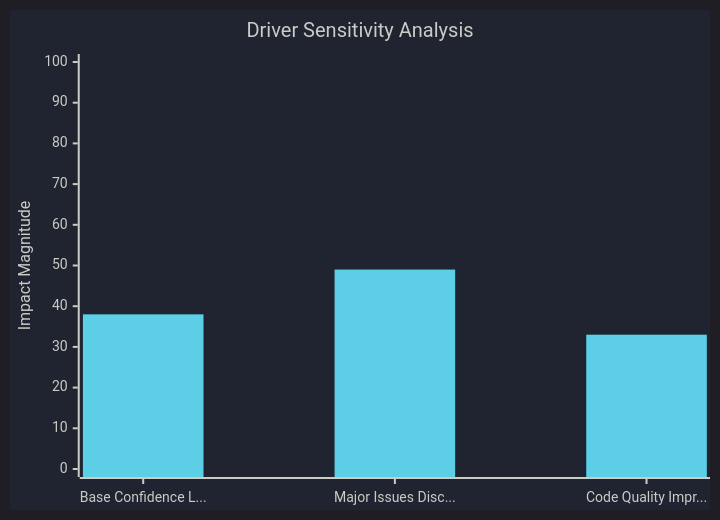
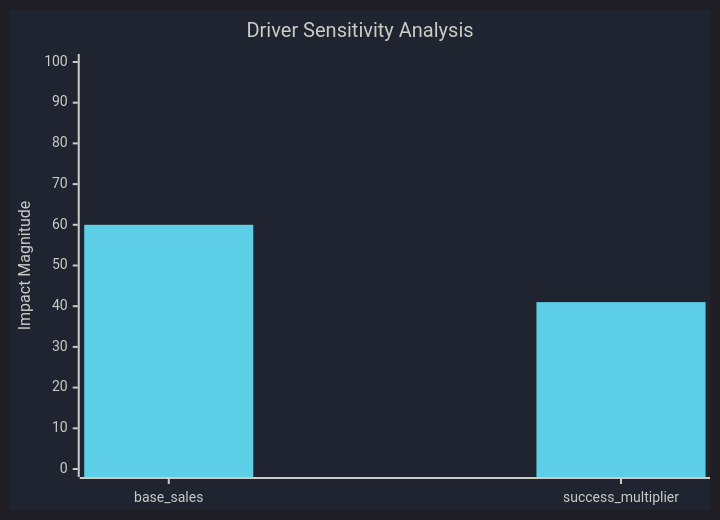
One commit to Replicant-Partners/fermi changed the diagram in results/prototype/charts/tornado.mmd. Above: the diagram before and after it, drawn with Mermaid. The commit also changed 24 other files, not shown here.

```diff
--- a/results/prototype/charts/tornado.mmd
+++ b/results/prototype/charts/tornado.mmd
@@ -1,35 +1,35 @@
 %%{
   init: {
     'theme': 'dark',
     'themeVariables': {
       'darkMode': 'true',
       'background': '#1F2430',
       'primaryColor': '#5CCFE6',
       'primaryTextColor': '#CBCCC6',
       'primaryBorderColor': '#5C6773',
       'lineColor': '#FFCC66',
       'secondaryColor': '#BAE67E',
       'tertiaryColor': '#FFAE57',
       'textColor': '#CBCCC6',
       'fontSize': '14px',
       'xyChart': {
         'backgroundColor': '#1F2430',
         'titleColor': '#CBCCC6',
         'xAxisLabelColor': '#CBCCC6',
         'xAxisTitleColor': '#CBCCC6',
         'xAxisTickColor': '#CBCCC6',
         'xAxisLineColor': '#CBCCC6',
         'yAxisLabelColor': '#CBCCC6',
         'yAxisTitleColor': '#CBCCC6',
         'yAxisTickColor': '#CBCCC6',
         'yAxisLineColor': '#CBCCC6',
         'plotColorPalette': '#5CCFE6, #BAE67E, #FFCC66, #FFAE57'
       }
     }
   }
 }%%
 xychart-beta
   title "Driver Sensitivity Analysis"
-  x-axis ["Base Confidence L...", "Major Issues Disc...", "Code Quality Impr..."]
+  x-axis ["base_sales", "success_multiplier"]
   y-axis "Impact Magnitude" 0 --> 100
-  bar [38, 49, 33]
+  bar [60, 41]
```
